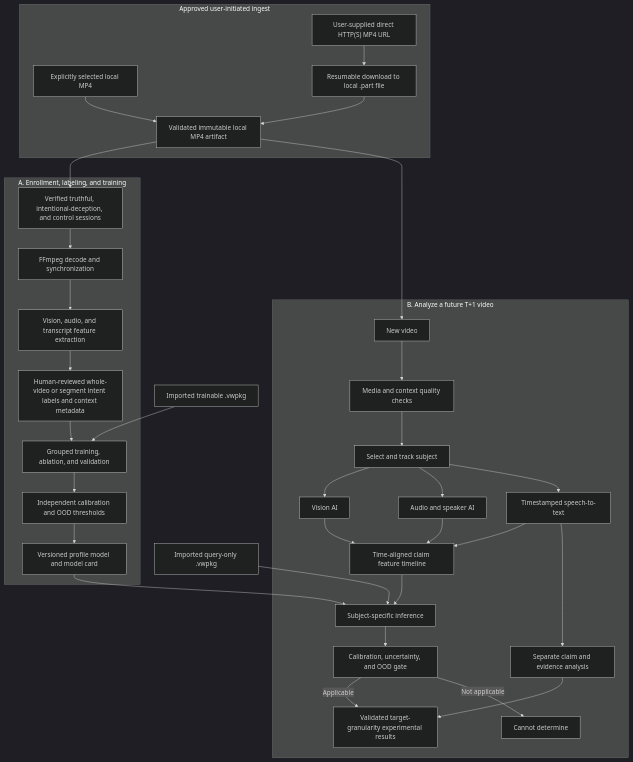
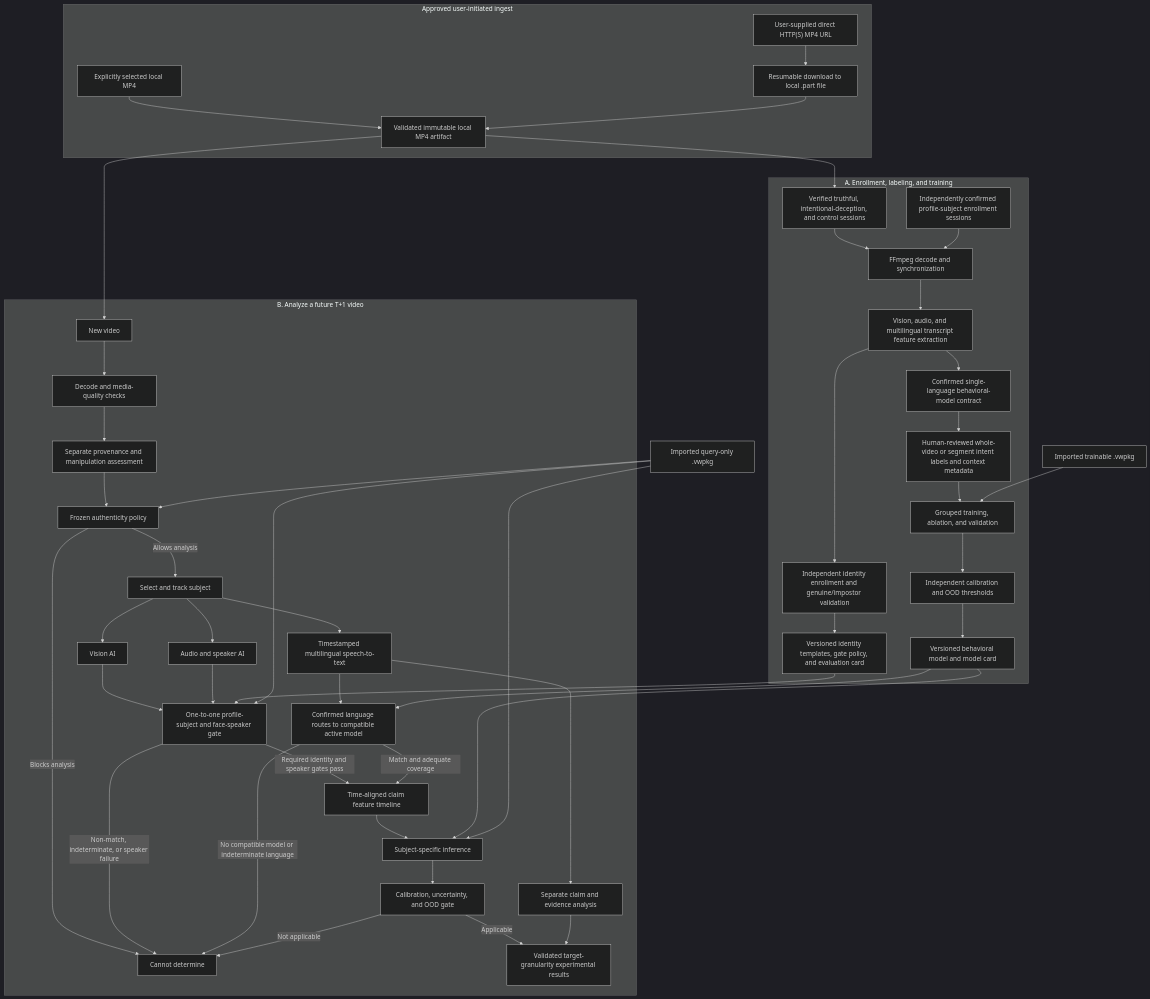
The diagram in design_doc.md (abiemann/VerityWorkbench), drawn with Mermaid (dark theme) before and after one commit. The commit also changed other lines of this file and 2 other files, not shown here.

Commit message:
Document identity and multilingual query gates

````diff
--- a/design_doc.md
+++ b/design_doc.md
@@ -341,40 +376,55 @@
 ```mermaid
 flowchart TB
     subgraph Ingest["Approved user-initiated ingest"]
         L["Explicitly selected local MP4"] --> I["Validated immutable local MP4 artifact"]
         U["User-supplied direct HTTP(S) MP4 URL"] --> D["Resumable download to local .part file"]
         D --> I
     end
 
     subgraph Training["A. Enrollment, labeling, and training"]
         T1["Verified truthful, intentional-deception, and control sessions"] --> T2["FFmpeg decode and synchronization"]
-        T2 --> T3["Vision, audio, and transcript feature extraction"]
-        T3 --> T4["Human-reviewed whole-video or segment intent labels and context metadata"]
+        E1["Independently confirmed profile-subject enrollment sessions"] --> T2
+        T2 --> T3["Vision, audio, and multilingual transcript feature extraction"]
+        T3 --> LC["Confirmed single-language behavioral-model contract"]
+        LC --> T4["Human-reviewed whole-video or segment intent labels and context metadata"]
         T4 --> T5["Grouped training, ablation, and validation"]
         T5 --> T6["Independent calibration and OOD thresholds"]
-        T6 --> M["Versioned profile model and model card"]
+        T6 --> BM["Versioned behavioral model and model card"]
+        T3 --> IE["Independent identity enrollment and genuine/impostor validation"]
+        IE --> IM["Versioned identity templates, gate policy, and evaluation card"]
     end
 
     subgraph Analysis["B. Analyze a future T+1 video"]
-        A1["New video"] --> A2["Media and context quality checks"]
-        A2 --> A3["Select and track subject"]
+        A1["New video"] --> A2["Decode and media-quality checks"]
+        A2 --> MA["Separate provenance and manipulation assessment"]
+        MA --> AP["Frozen authenticity policy"]
+        AP -->|Allows analysis| A3["Select and track subject"]
+        AP -->|Blocks analysis| N["Cannot determine"]
         A3 --> V["Vision AI"]
         A3 --> AU["Audio and speaker AI"]
-        A3 --> ST["Timestamped speech-to-text"]
-        V --> F["Time-aligned claim feature timeline"]
-        AU --> F
-        ST --> F
+        A3 --> ST["Timestamped multilingual speech-to-text"]
+        V --> ID["One-to-one profile-subject and face-speaker gate"]
+        AU --> ID
+        ID -->|Required identity and speaker gates pass| F["Time-aligned claim feature timeline"]
+        ID -->|Non-match, indeterminate, or speaker failure| N
+        ST --> LG["Confirmed language routes to compatible active model"]
+        BM --> LG
+        LG -->|Match and adequate coverage| F
+        LG -->|No compatible model or indeterminate language| N
         F --> P["Subject-specific inference"]
-        M --> P
+        IM --> ID
+        BM --> P
         P --> G["Calibration, uncertainty, and OOD gate"]
         G -->|Applicable| R["Validated target-granularity experimental results"]
-        G -->|Not applicable| N["Cannot determine"]
+        G -->|Not applicable| N
         ST --> E["Separate claim and evidence analysis"]
         E --> R
     end
 
     I --> T1
     I --> A1
-    QP["Imported query-only .vwpkg"] --> P
+    QP["Imported query-only .vwpkg"] --> AP
+    QP --> ID
+    QP --> P
     TP["Imported trainable .vwpkg"] --> T5
 ```
````
